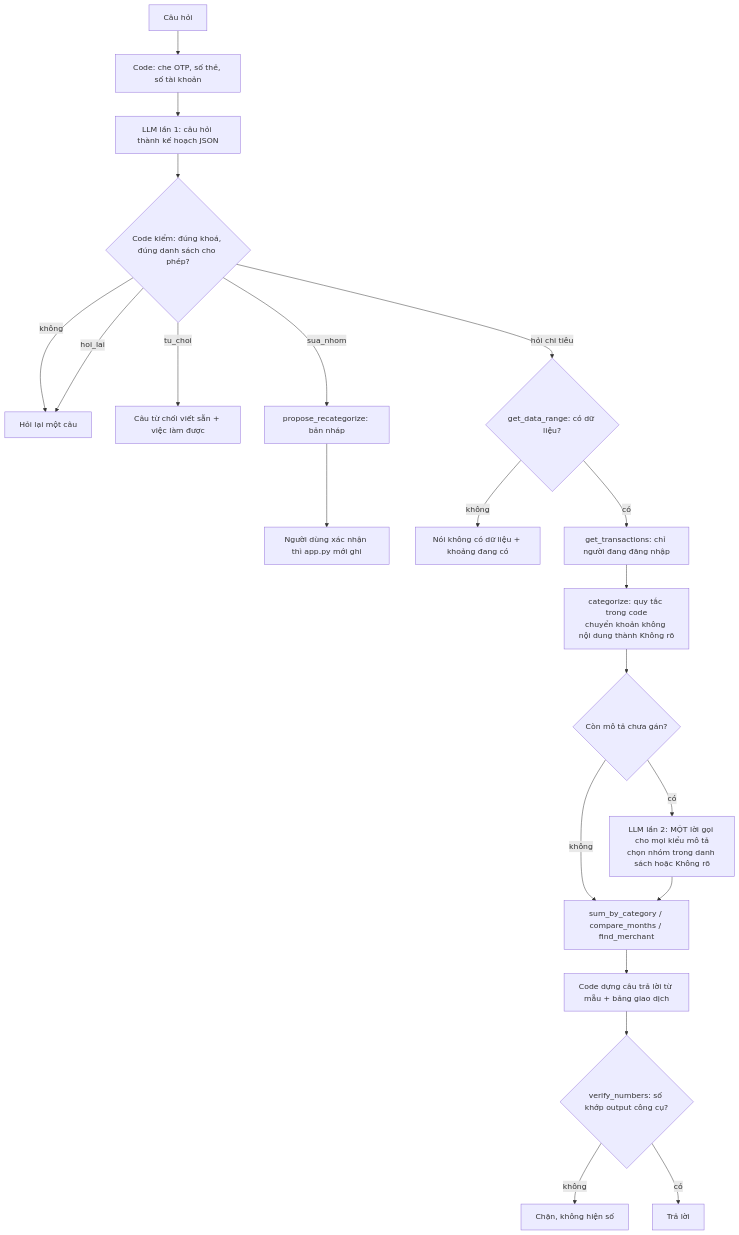
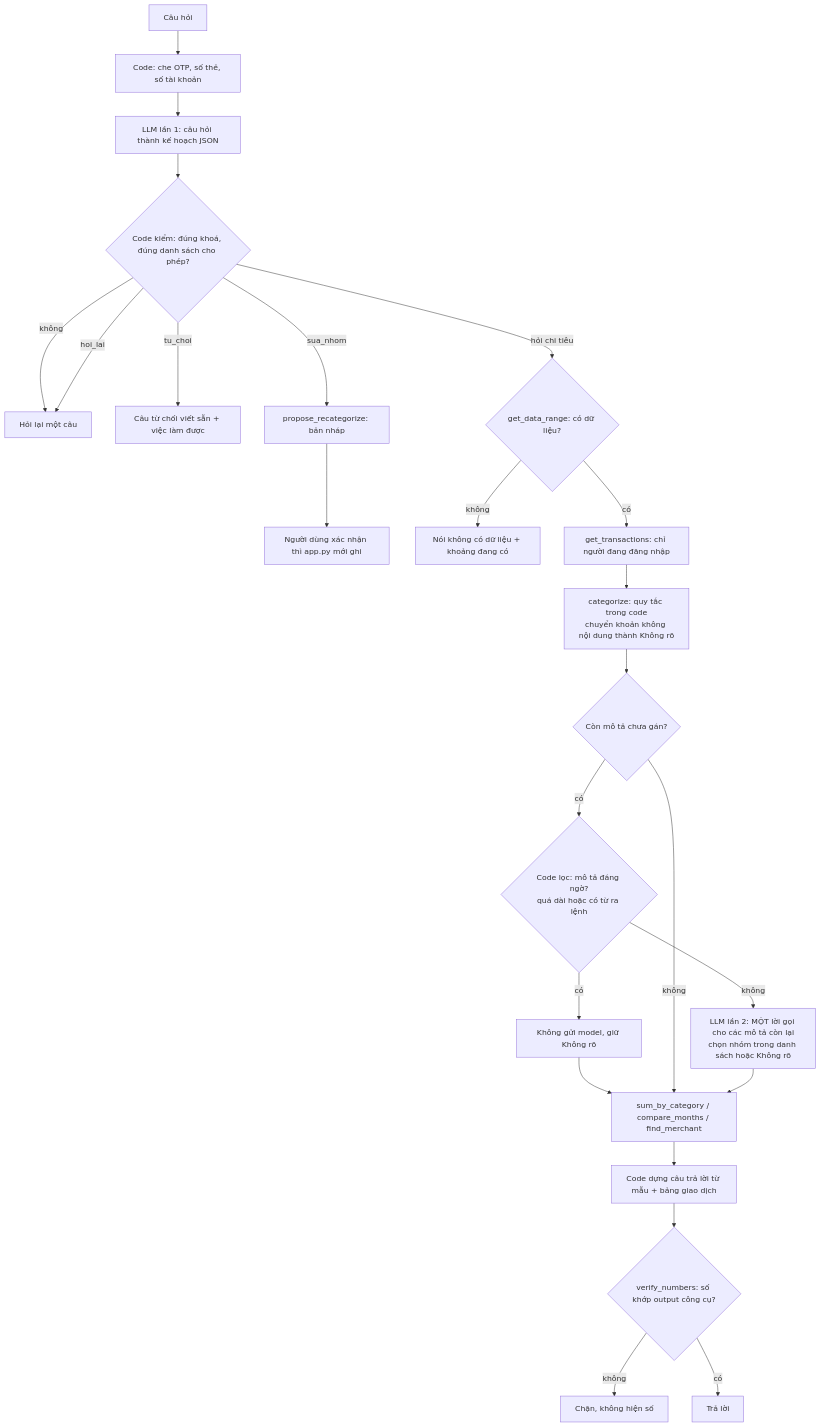
The diagram in spec.md (TheWilsonGlobal/K5-Day15-L3A-Wilson), drawn with Mermaid before and after one commit. The commit also changed other lines of this file and 15 other files, not shown here.

````diff
--- a/spec.md
+++ b/spec.md
@@ -56,23 +56,26 @@
 ```mermaid
 flowchart TD
   U[Câu hỏi] --> S[Code: che OTP, số thẻ, số tài khoản]
   S --> P[LLM lần 1: câu hỏi thành kế hoạch JSON]
   P --> V{Code kiểm: đúng khoá, đúng danh sách cho phép?}
   V -- không --> Q[Hỏi lại một câu]
   V -- tu_choi --> R[Câu từ chối viết sẵn + việc làm được]
   V -- hoi_lai --> Q
   V -- sua_nhom --> RC[propose_recategorize: bản nháp]
   RC --> H[Người dùng xác nhận thì app.py mới ghi]
   V -- hỏi chi tiêu --> D{get_data_range: có dữ liệu?}
   D -- không --> N[Nói không có dữ liệu + khoảng đang có]
   D -- có --> G[get_transactions: chỉ người đang đăng nhập]
   G --> C[categorize: quy tắc trong code<br/>chuyển khoản không nội dung thành Không rõ]
   C --> M{Còn mô tả chưa gán?}
-  M -- có --> L[LLM lần 2: MỘT lời gọi cho mọi kiểu mô tả<br/>chọn nhóm trong danh sách hoặc Không rõ]
+  M -- có --> F2{Code lọc: mô tả đáng ngờ?<br/>quá dài hoặc có từ ra lệnh}
+  F2 -- có --> K[Không gửi model, giữ Không rõ]
+  F2 -- không --> L[LLM lần 2: MỘT lời gọi cho các mô tả còn lại<br/>chọn nhóm trong danh sách hoặc Không rõ]
+  K --> T
   M -- không --> T
   L --> T[sum_by_category / compare_months / find_merchant]
   T --> F[Code dựng câu trả lời từ mẫu + bảng giao dịch]
   F --> X{verify_numbers: số khớp output công cụ?}
   X -- không --> E[Chặn, không hiện số]
   X -- có --> O[Trả lời]
 ```
````
